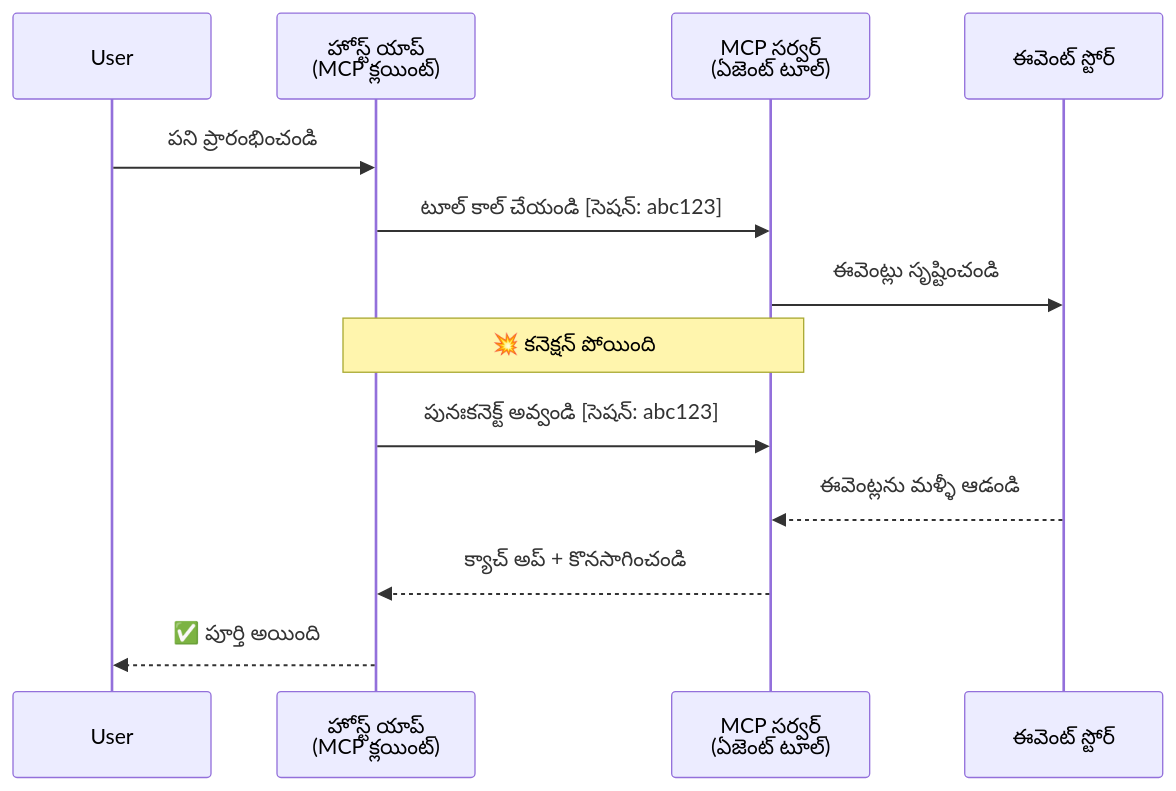
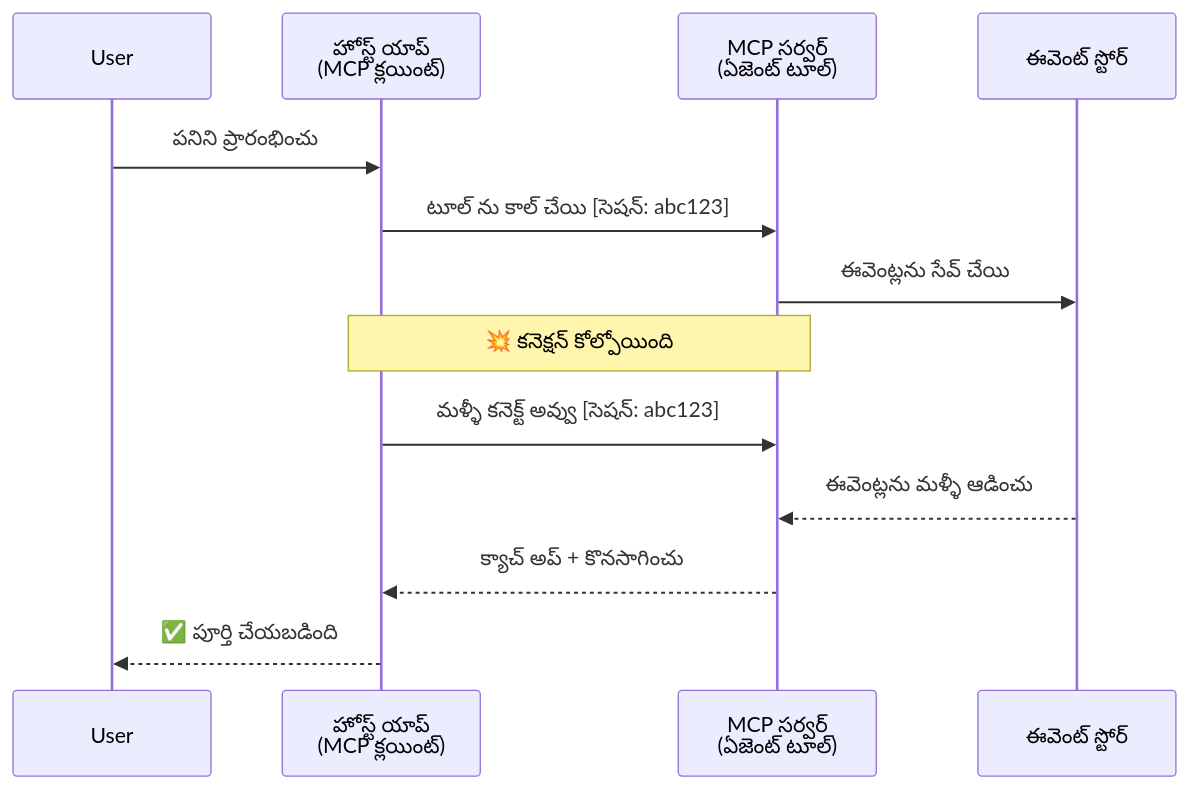
Before and after one commit to gabrielmoreira/agent-skills-mirror: the second of 5 diagrams in mirrors/repos/microsoft@ai-agents-for-beginners/translations/te/11-agentic-protocols/code_samples/mcp-agents/README.md, drawn with Mermaid. The commit also changed other lines of this file and 4262 other files, not shown here.

````diff
--- a/mirrors/repos/microsoft@ai-agents-for-beginners/translations/te/11-agentic-protocols/code_samples/mcp-agents/README.md
+++ b/mirrors/repos/microsoft@ai-agents-for-beginners/translations/te/11-agentic-protocols/code_samples/mcp-agents/README.md
@@ -82,18 +82,18 @@
 ```mermaid
 sequenceDiagram
     participant User
     participant Host as హోస్ట్ యాప్<br/>(MCP క్లయింట్)
     participant Server as MCP సర్వర్<br/>(ఏజెంట్ టూల్)
     participant Store as ఈవెంట్ స్టోర్
 
-    User->>Host: పని ప్రారంభించండి
-    Host->>Server: టూల్ కాల్ చేయండి [సెషన్: abc123]
-    Server->>Store: ఈవెంట్లు సృష్టించండి
+    User->>Host: పనిని ప్రారంభించు
+    Host->>Server: టూల్ ను కాల్ చేయి [సెషన్: abc123]
+    Server->>Store: ఈవెంట్లను సేవ్ చేయి
 
-    Note over Host,Server: 💥 కనెక్షన్ పోయింది
+    Note over Host,Server: 💥 కనెక్షన్ కోల్పోయింది
 
-    Host->>Server: పునఃకనెక్ట్ అవ్వండి [సెషన్: abc123]
-    Store-->>Server: ఈవెంట్లను మళ్ళీ ఆడండి
-    Server-->>Host: క్యాచ్ అప్ + కొనసాగించండి
-    Host-->>User: ✅ పూర్తి అయింది
+    Host->>Server: మళ్ళీ కనెక్ట్ అవ్వు [సెషన్: abc123]
+    Store-->>Server: ఈవెంట్లను మళ్ళీ ఆడించు
+    Server-->>Host: క్యాచ్ అప్ + కొనసాగించు
+    Host-->>User: ✅ పూర్తి చేయబడింది
 ```
````
